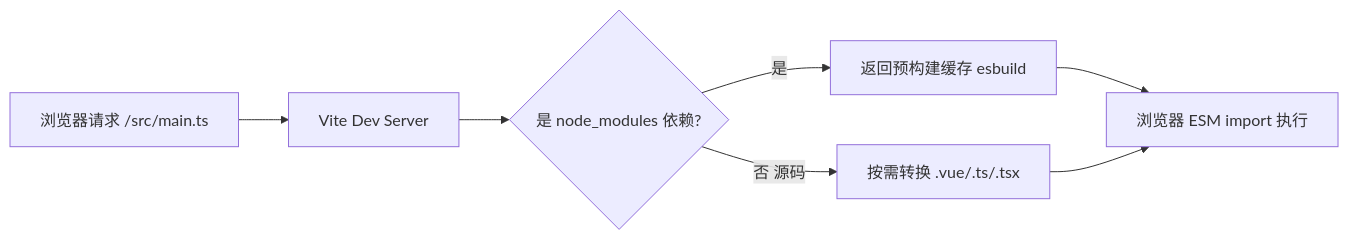
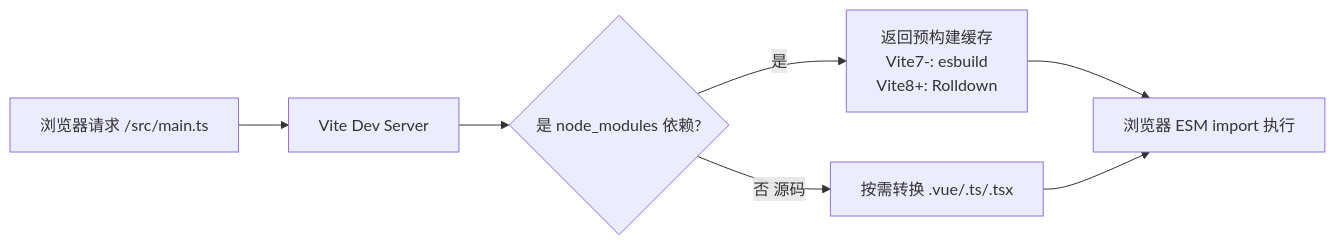
The first of 2 diagrams in docs/工程化/vite.md (zjh42139/interview-notes), drawn with Mermaid before and after one commit. The commit also changed other lines of this file and 3 other files, not shown here.

First line of the commit message:
fix(工程化): 修正 Rolldown 口径——esbuild 和 Rollup 在 Vite 8+ 不再作为依赖

````diff
--- a/docs/工程化/vite.md
+++ b/docs/工程化/vite.md
@@ -39,9 +39,9 @@
 ```mermaid
 graph LR
     A[浏览器请求 /src/main.ts] --> B[Vite Dev Server]
     B --> C{是 node_modules 依赖?}
-    C -->|是| D[返回预构建缓存 esbuild]
+    C -->|是| D[返回预构建缓存<br/>Vite7-: esbuild<br/>Vite8+: Rolldown]
     C -->|否 源码| E[按需转换 .vue/.ts/.tsx]
     D --> F[浏览器 ESM import 执行]
     E --> F
 ```
````
